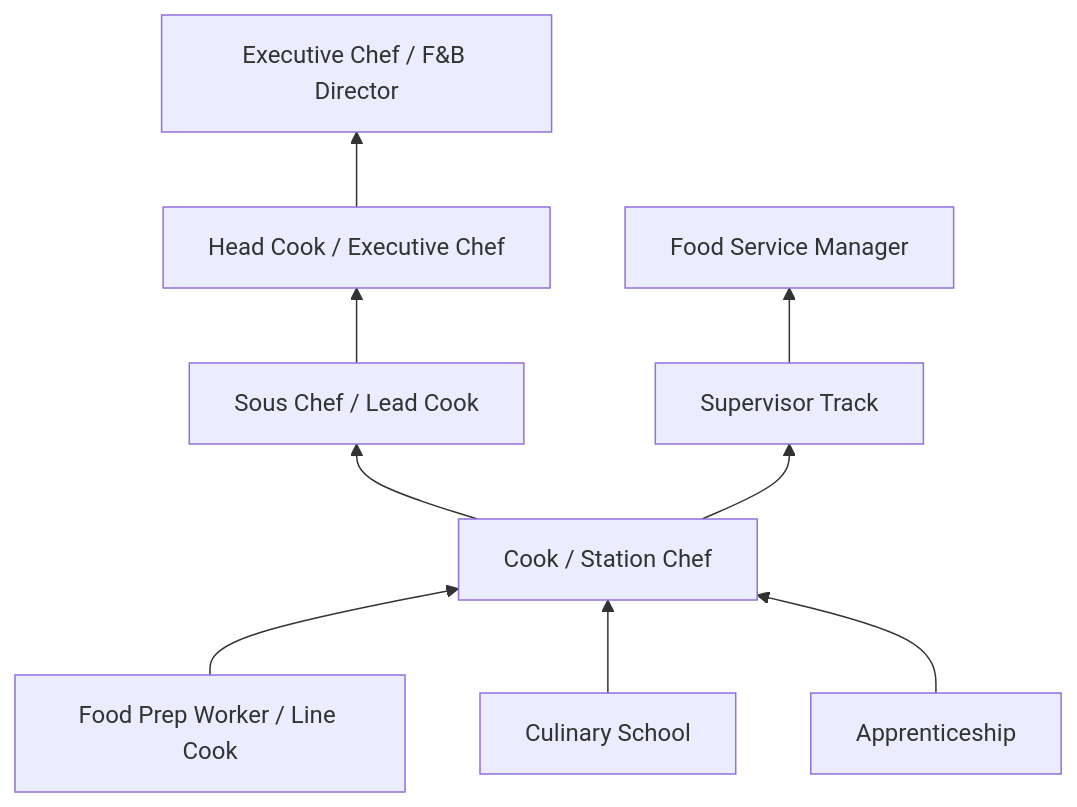
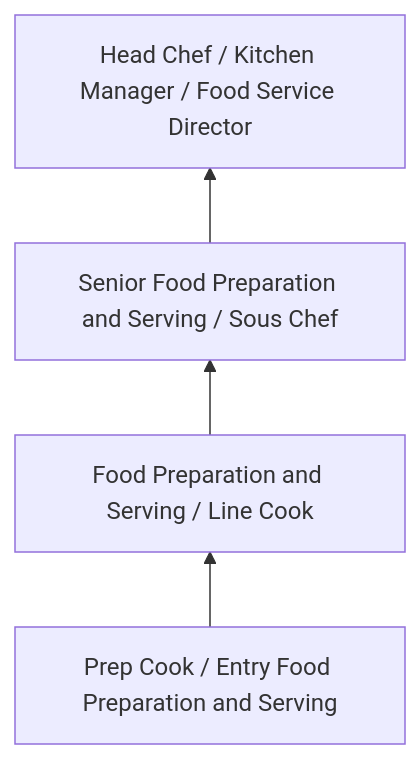
Before and after one commit to kziemski/business.org.ai: the third of 4 diagrams in occupations/FoodService/index.mdx, drawn with Mermaid. The commit also changed other lines of this file and 938 other files, not shown here.

````diff
--- a/occupations/FoodService/index.mdx
+++ b/occupations/FoodService/index.mdx
@@ -86,13 +120,6 @@
 ```mermaid
 graph BT
-    Entry["Food Prep Worker / Line Cook"] --> Mid["Cook / Station Chef"]
-    Mid --> Senior["Sous Chef / Lead Cook"]
-    Senior --> Lead["Head Cook / Executive Chef"]
-    Lead --> Exec["Executive Chef / F&B Director"]
-
-    Alt1["Culinary School"] --> Mid
-    Alt2["Apprenticeship"] --> Mid
-
-    Sup["Supervisor Track"] --> FoodSup["Food Service Manager"]
-    Mid --> Sup
+    Entry["Prep Cook / Entry Food Preparation and Serving"] --> Mid["Food Preparation and Serving / Line Cook"]
+    Mid --> Senior["Senior Food Preparation and Serving / Sous Chef"]
+    Senior --> Lead["Head Chef / Kitchen Manager / Food Service Director"]
 ```
````
